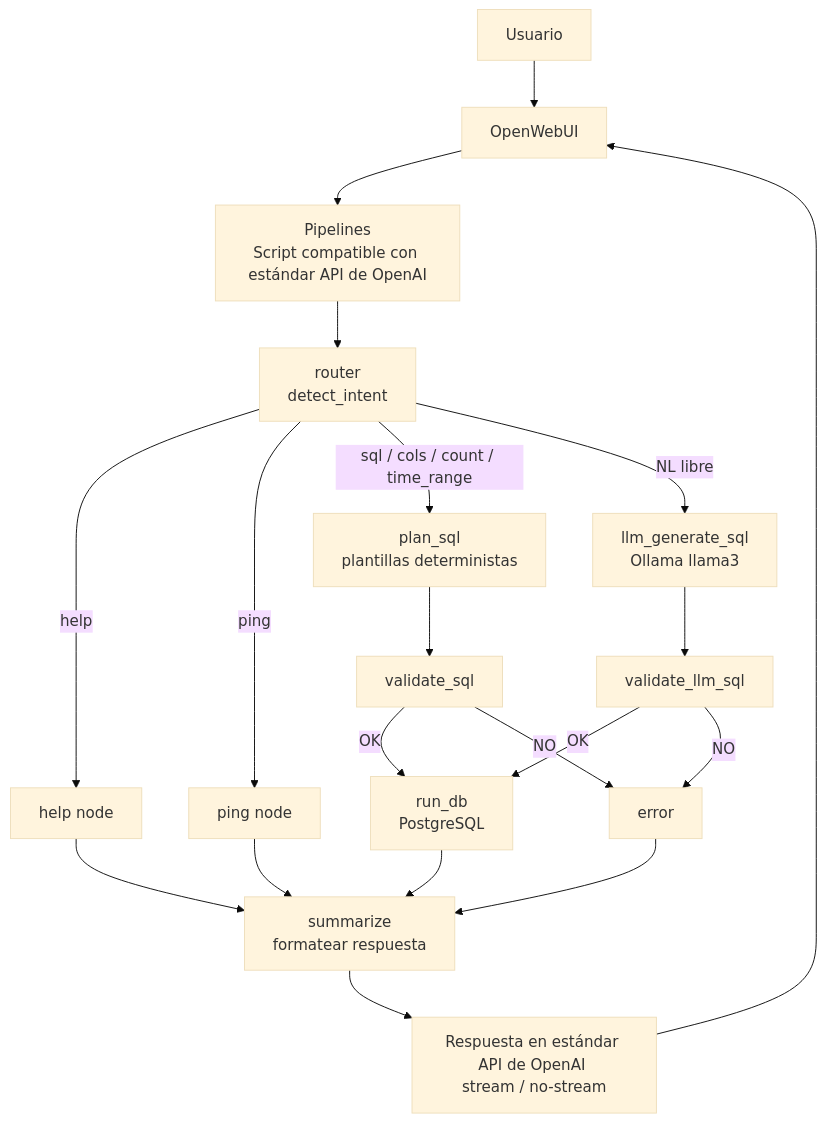
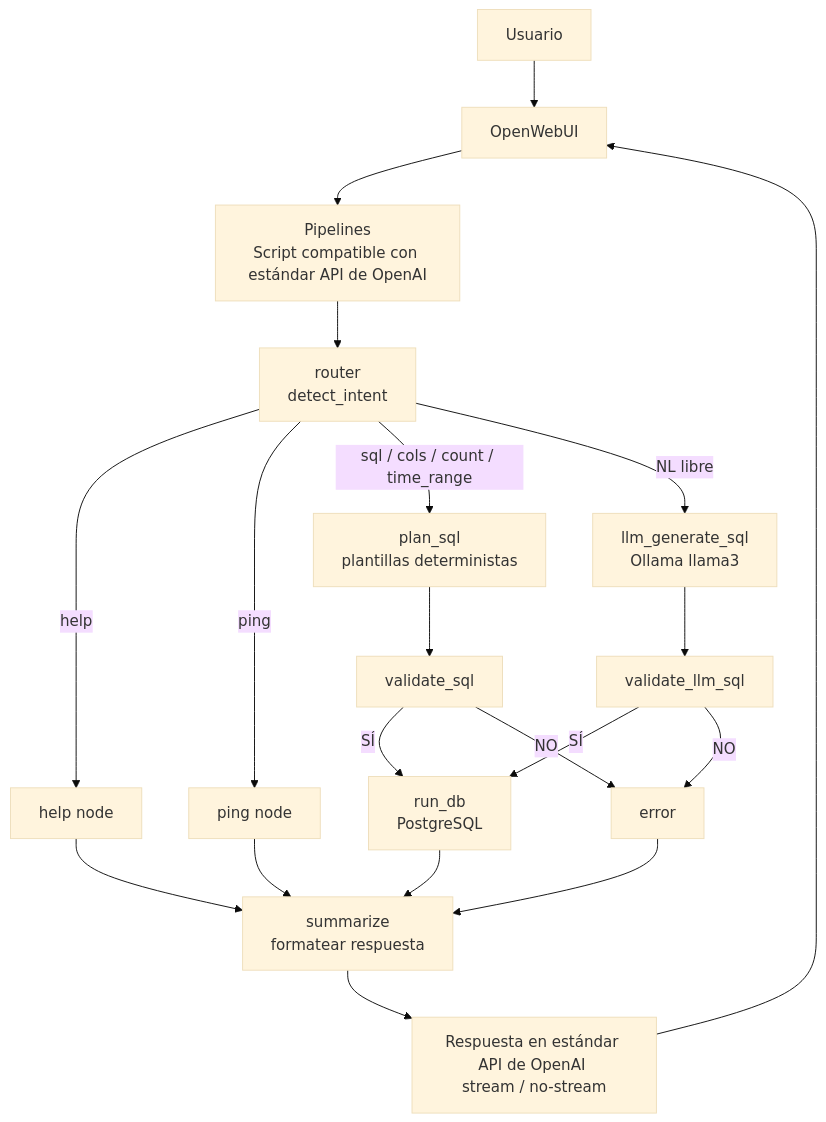
Before and after one commit to Ind50-UPM/2025-JP-GENESIS: the diagram in TFM/Pipelines/enfoque_agenteunificado/readme.md, drawn with Mermaid (base theme).

````diff
--- a/TFM/Pipelines/enfoque_agenteunificado/readme.md
+++ b/TFM/Pipelines/enfoque_agenteunificado/readme.md
@@ -161,33 +161,33 @@
 ```mermaid
 flowchart TD
 U[Usuario] --> OW[OpenWebUI]
   OW --> P[Pipelines<br/>Script compatible con estándar API de OpenAI]
 
   P --> router[router<br/>detect_intent]
 
   %% Ramas iniciales
   router -->|help| help[help node]
   router -->|ping| ping[ping node]
 
   router -->|sql / cols / count / time_range| plan_sql[plan_sql<br/>plantillas deterministas]
   router -->|NL libre| llm_generate_sql[llm_generate_sql<br/>Ollama llama3]
 
   %% Ruta determinista
   plan_sql --> validate_sql_det[validate_sql]
-  validate_sql_det -->|OK| run_db[run_db<br/>PostgreSQL]
+  validate_sql_det -->|SÍ| run_db[run_db<br/>PostgreSQL]
   validate_sql_det -->|NO| error[error]
 
   %% Ruta LLM
   llm_generate_sql --> validate_sql_llm[validate_llm_sql]
-  validate_sql_llm -->|OK| run_db
+  validate_sql_llm -->|SÍ| run_db
   validate_sql_llm -->|NO| error
 
   %% Común
   run_db --> summarize[summarize<br/>formatear respuesta]
   help --> summarize
   ping --> summarize
   error --> summarize
 
   summarize --> OUT[Respuesta en estándar API de OpenAI <br/>stream / no-stream]
   OUT --> OW
 ```
````
